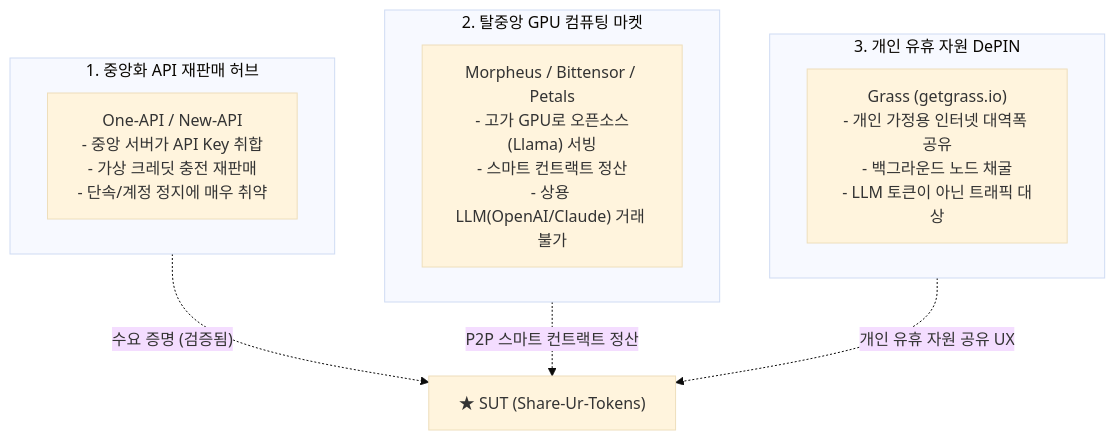
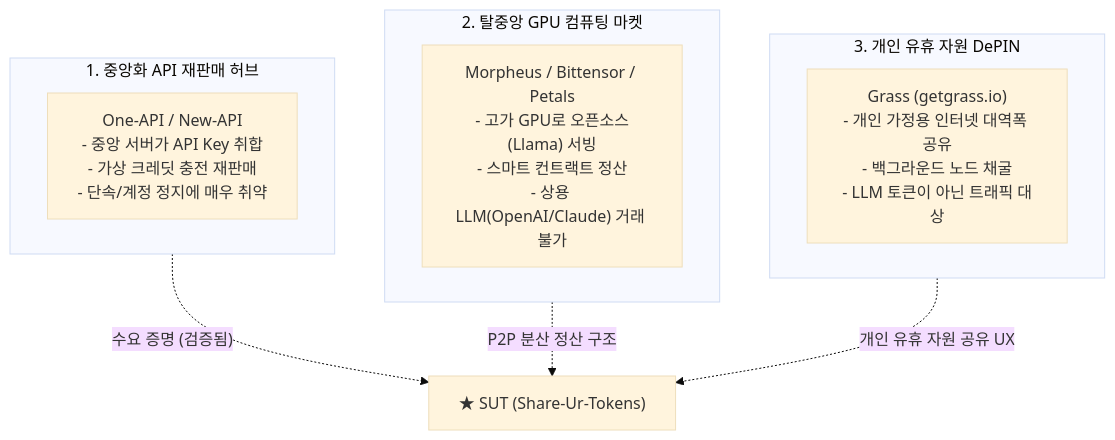
One commit to tanminkwan/share-ur-tokens changed the diagram in docs/market-analysis-and-competitors.md. Above: the diagram before and after it, drawn with Mermaid (base theme). The commit also changed other lines of this file and 12 other files, not shown here.

````diff
--- a/docs/market-analysis-and-competitors.md
+++ b/docs/market-analysis-and-competitors.md
@@ -11,18 +11,18 @@
 ```mermaid
 flowchart TD
     subgraph CampA["1. 중앙화 API 재판매 허브"]
         OneAPI["One-API / New-API\n- 중앙 서버가 API Key 취합\n- 가상 크레딧 충전 재판매\n- 단속/계정 정지에 매우 취약"]
     end
 
     subgraph CampB["2. 탈중앙 GPU 컴퓨팅 마켓"]
         Morpheus["Morpheus / Bittensor / Petals\n- 고가 GPU로 오픈소스(Llama) 서빙\n- 스마트 컨트랙트 정산\n- 상용 LLM(OpenAI/Claude) 거래 불가"]
     end
 
     subgraph CampC["3. 개인 유휴 자원 DePIN"]
         Grass["Grass (getgrass.io)\n- 개인 가정용 인터넷 대역폭 공유\n- 백그라운드 노드 채굴\n- LLM 토큰이 아닌 트래픽 대상"]
     end
 
     CampA -.->|"수요 증명 (검증됨)"| SUT["★ SUT (Share-Ur-Tokens)"]
-    CampB -.->|"P2P 스마트 컨트랙트 정산"| SUT
+    CampB -.->|"P2P 분산 정산 구조"| SUT
     CampC -.->|"개인 유휴 자원 공유 UX"| SUT
 ```
````
